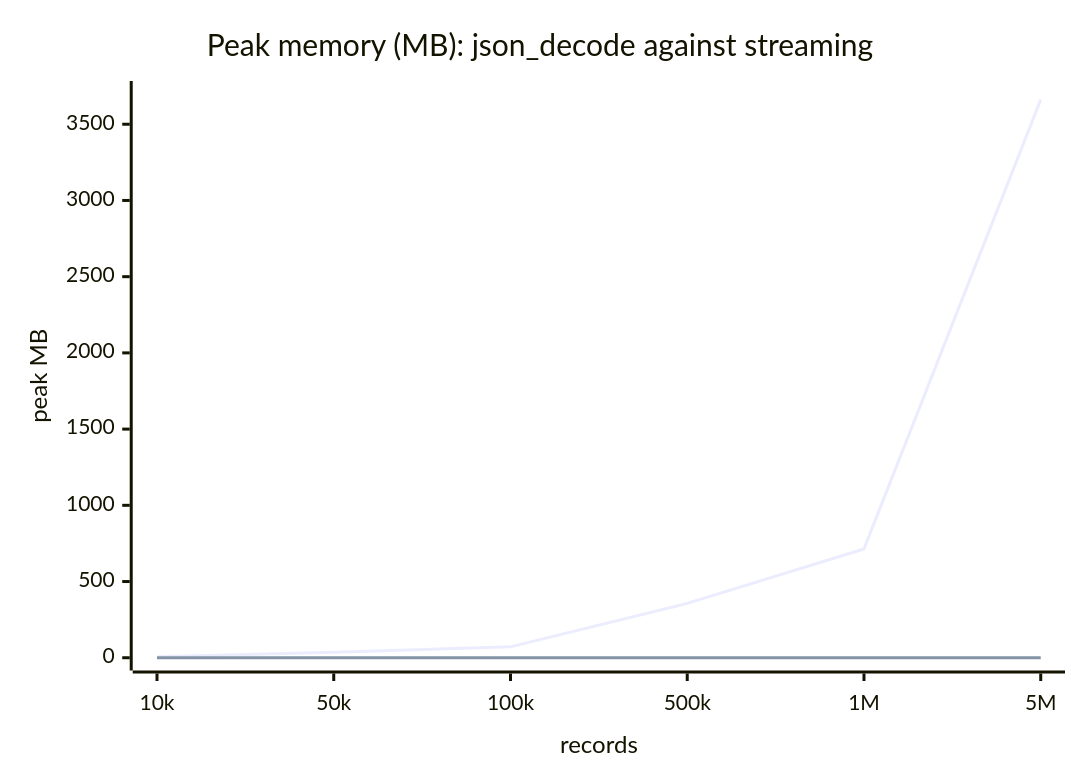
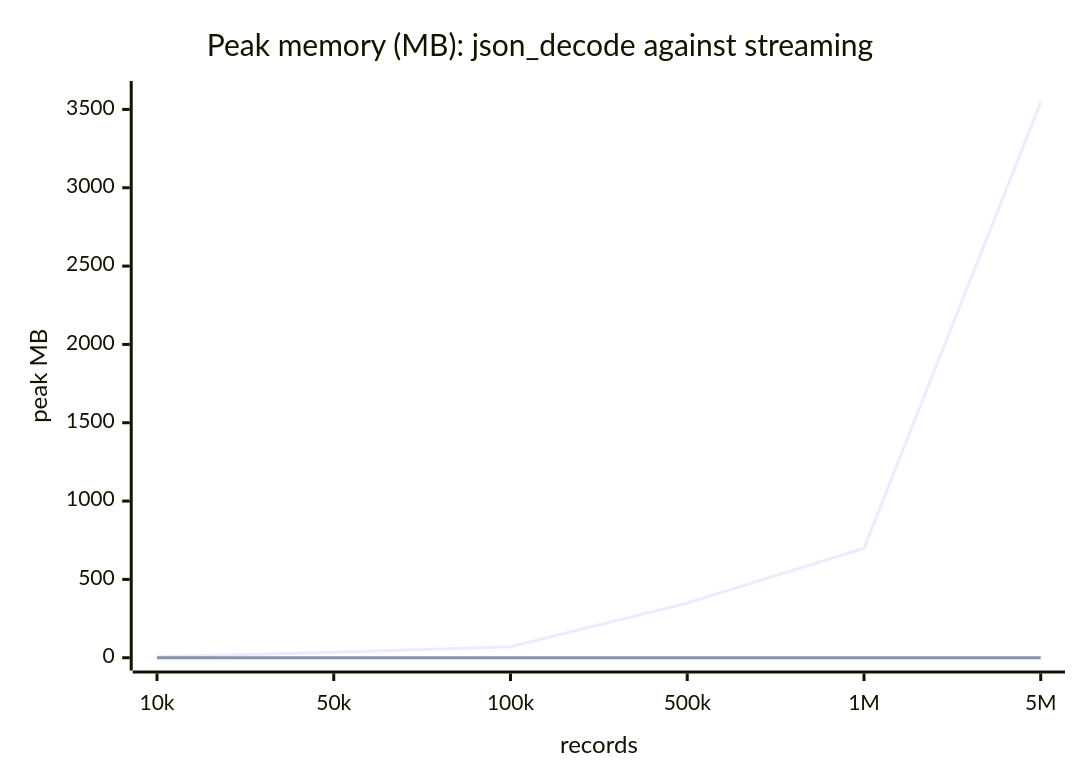
One commit to michaelalexeevweb/php-json-chunk changed the first of 2 diagrams in BENCHMARKS.md. Above: the diagram before and after it, drawn with Mermaid. The commit also changed other lines of this file and 4 other files, not shown here.

````diff
--- a/BENCHMARKS.md
+++ b/BENCHMARKS.md
@@ -40,8 +43,8 @@
 ```mermaid
 xychart-beta
     title "Peak memory (MB): json_decode against streaming"
     x-axis "records" [10k, 50k, 100k, 500k, 1M, 5M]
-    y-axis "peak MB" 0 --> 3700
-    line "json_decode()" [7.2, 35.7, 71.5, 356.8, 714.0, 3661.5]
-    line "PhpJsonChunk" [0.15, 0.15, 0.15, 0.15, 0.15, 0.15]
+    y-axis "peak MB" 0 --> 3600
+    line "json_decode()" [7.1, 35.1, 70.2, 349.3, 698.8, 3545.9]
+    line "PhpJsonChunk" [0.16, 0.16, 0.16, 0.16, 0.16, 0.16]
 ```
````
